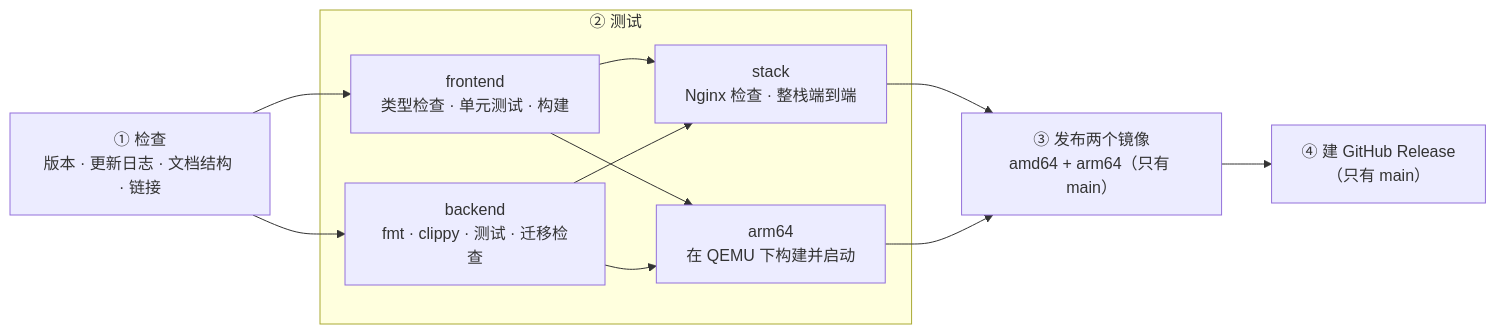
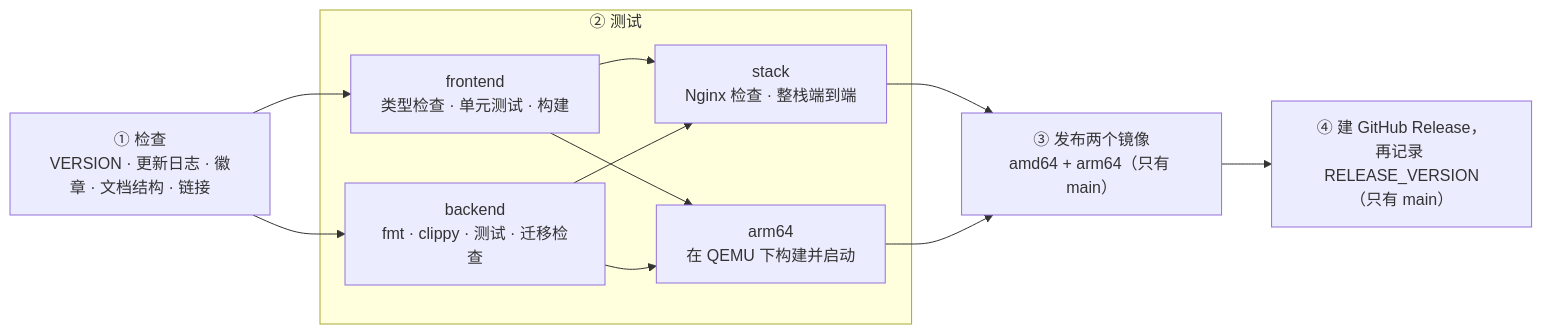
The seventh of 7 diagrams in README/README.zh-CN.md (Yumin-Space/xexam), drawn with Mermaid before and after one commit. The commit also changed other lines of this file and 295 other files, not shown here.

````diff
--- a/README/README.zh-CN.md
+++ b/README/README.zh-CN.md
@@ -848,19 +1125,19 @@
 ```mermaid
 flowchart LR
-    C["① 检查<br/>版本 · 更新日志 · 文档结构 · 链接"]
+    C["① 检查<br/>VERSION · 更新日志 · 徽章 · 文档结构 · 链接"]
     subgraph T["② 测试"]
         F["frontend<br/>类型检查 · 单元测试 · 构建"]
         B["backend<br/>fmt · clippy · 测试 · 迁移检查"]
         S["stack<br/>Nginx 检查 · 整栈端到端"]
         A["arm64<br/>在 QEMU 下构建并启动"]
         F --> S
         B --> S
         F --> A
         B --> A
     end
     C --> F
     C --> B
     S --> P["③ 发布两个镜像<br/>amd64 + arm64（只有 main）"]
     A --> P
-    P --> R["④ 建 GitHub Release<br/>（只有 main）"]
+    P --> R["④ 建 GitHub Release，<br/>再记录 RELEASE_VERSION<br/>（只有 main）"]
 ```
````
